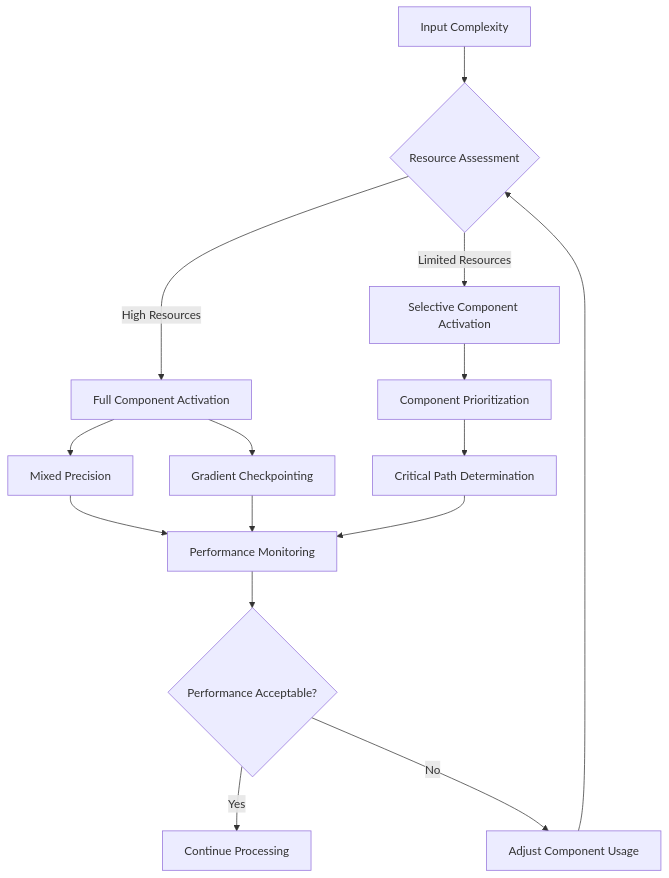
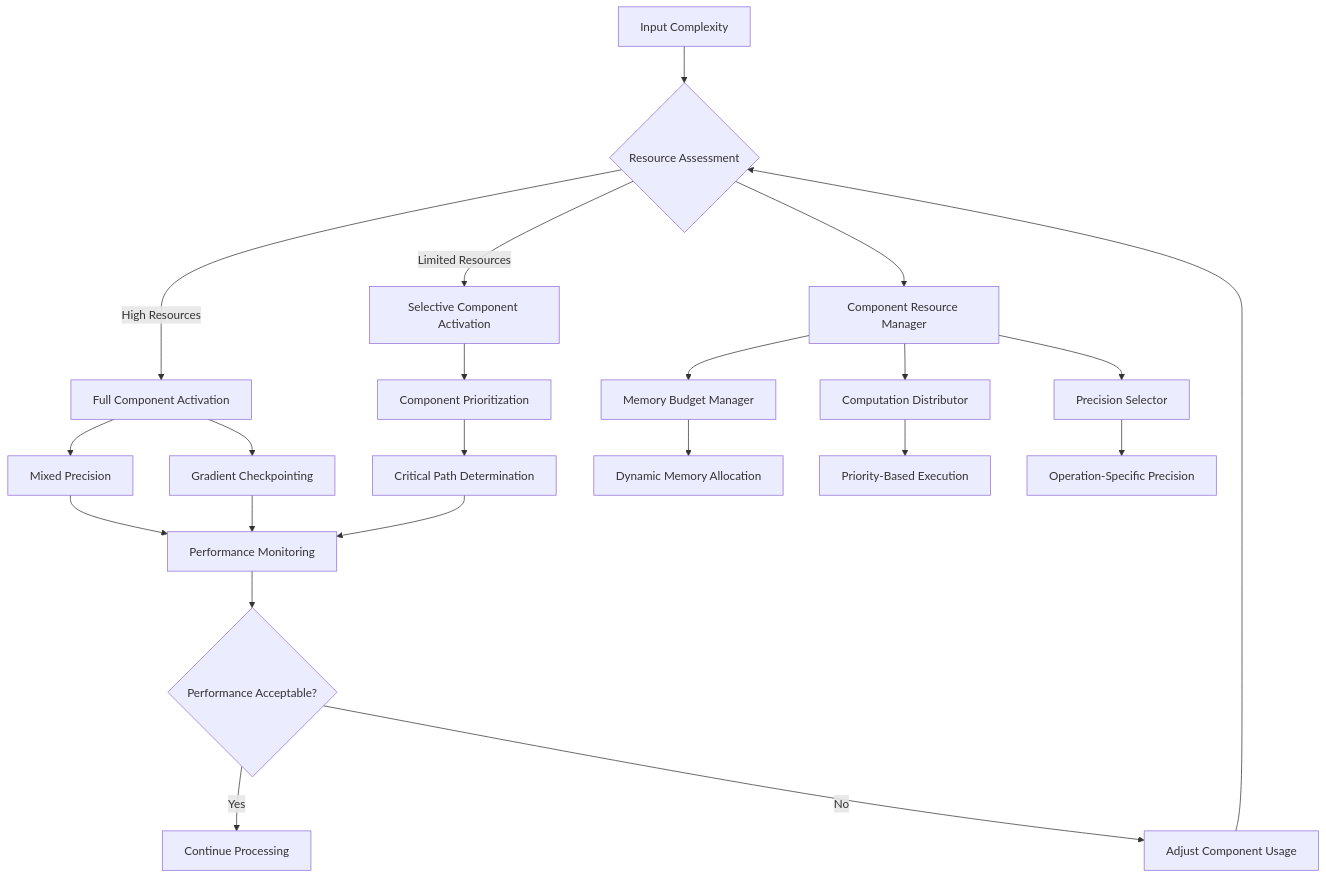
Before and after one commit to idlandes04/Project-NEAT: the fourth of 4 diagrams in README.md, drawn with Mermaid. The commit also changed other lines of this file and 8 other files, not shown here.

````diff
--- a/README.md
+++ b/README.md
@@ -393,21 +393,30 @@
 ```mermaid
 flowchart TD
     A[Input Complexity] --> B{Resource Assessment}
     B -->|High Resources| C[Full Component Activation]
     B -->|Limited Resources| D[Selective Component Activation]
     
     C --> E[Mixed Precision]
     C --> F[Gradient Checkpointing]
     
     D --> G[Component Prioritization]
     G --> H[Critical Path Determination]
     
     E --> I[Performance Monitoring]
     F --> I
     H --> I
     
     I --> J{Performance Acceptable?}
     J -->|Yes| K[Continue Processing]
     J -->|No| L[Adjust Component Usage]
     L --> B
+    
+    B --> M[Component Resource Manager]
+    M --> N[Memory Budget Manager]
+    M --> O[Computation Distributor]
+    M --> P[Precision Selector]
+    
+    N --> Q[Dynamic Memory Allocation]
+    O --> R[Priority-Based Execution]
+    P --> S[Operation-Specific Precision]
 ```
````
